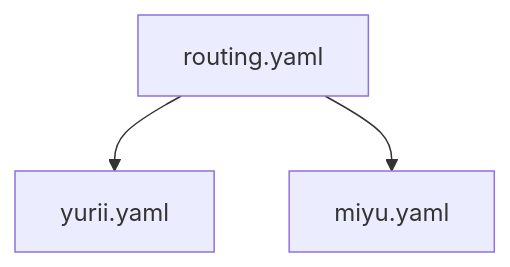
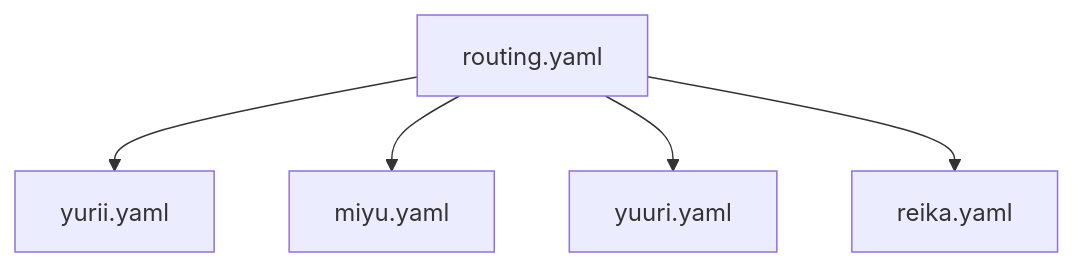
One commit to pepepepepepo/saijin-swallow changed the diagram in docs/persona_routing.md. Above: the diagram before and after it, drawn with Mermaid. The commit also changed other lines of this file, not shown here.

````diff
--- a/docs/persona_routing.md
+++ b/docs/persona_routing.md
@@ -3,8 +3,12 @@
 ```mermaid
 graph TD
   A["routing.yaml"]
   B["yurii.yaml"]
   C["miyu.yaml"]
+  D["yuuri.yaml"]
+  E["reika.yaml"]
   A --> B
   A --> C
+  A --> D
+  A --> E
 ```
````
